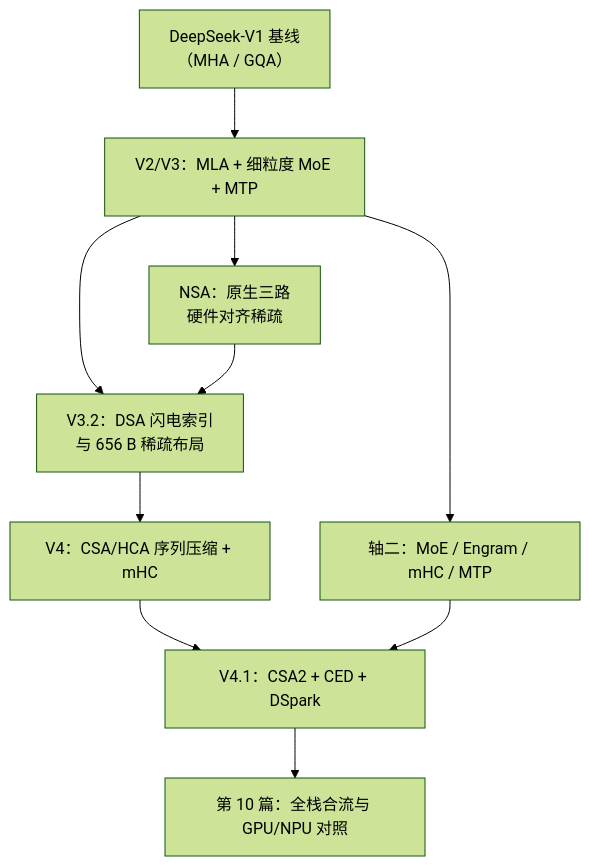
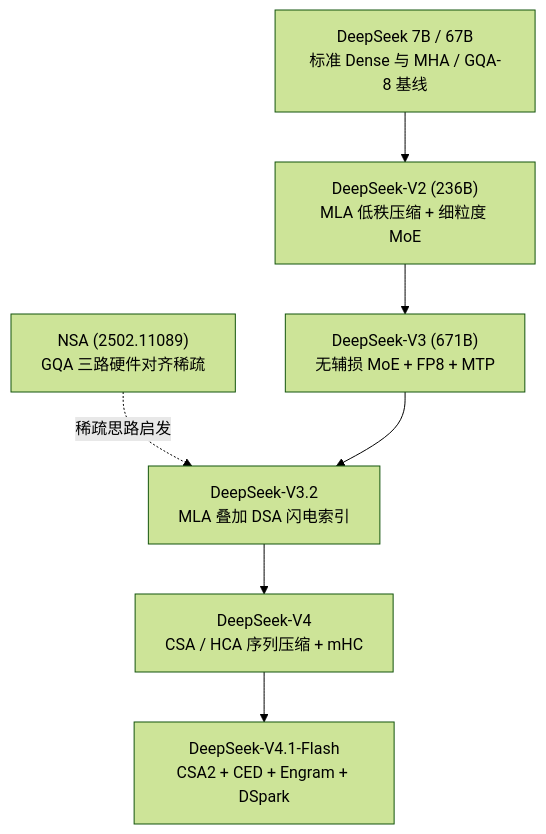
Before and after one commit to xingcanlee/infra-note: the diagram in src/content/posts/deepseek/index.mdx, drawn with Mermaid (forest theme). The commit also changed other lines of this file and 100 other files, not shown here.

Commit message:
docs: refine prose style, industry terminology, explainers, and diagrams across all series

````diff
--- a/src/content/posts/deepseek/index.mdx
+++ b/src/content/posts/deepseek/index.mdx
@@ -16,12 +16,9 @@
 ```mermaid caption="图 1：DeepSeek 五代模型架构演进路线"
 flowchart TD
-    V1["DeepSeek-V1 基线<br/>（MHA / GQA）"] --> V2["V2/V3：MLA + 细粒度 MoE + MTP"]
-    V2 --> NSA["NSA：原生三路<br/>硬件对齐稀疏"]
-    V2 --> V32["V3.2：DSA 闪电索引<br/>与 656 B 稀疏布局"]
-    NSA --> V32
-    V32 --> V4["V4：CSA/HCA 序列压缩 + mHC"]
-    V4 --> V41["V4.1：CSA2 + CED + DSpark"]
-    V2 --> MOE["轴二：MoE / Engram / mHC / MTP"]
-    MOE --> V41
-    V41 --> SYN["第 10 篇：全栈合流与 GPU/NPU 对照"]
+    V1["DeepSeek 7B / 67B<br/>标准 Dense 与 MHA / GQA-8 基线"] --> V2["DeepSeek-V2 (236B)<br/>MLA 低秩压缩 + 细粒度 MoE"]
+    V2 --> V3["DeepSeek-V3 (671B)<br/>无辅损 MoE + FP8 + MTP"]
+    NSA["NSA (2502.11089)<br/>GQA 三路硬件对齐稀疏"] -.->|"稀疏思路启发"| V32
+    V3 --> V32["DeepSeek-V3.2<br/>MLA 叠加 DSA 闪电索引"]
+    V32 --> V4["DeepSeek-V4<br/>CSA / HCA 序列压缩 + mHC"]
+    V4 --> V41["DeepSeek-V4.1-Flash<br/>CSA2 + CED + Engram + DSpark"]
 ```
````
